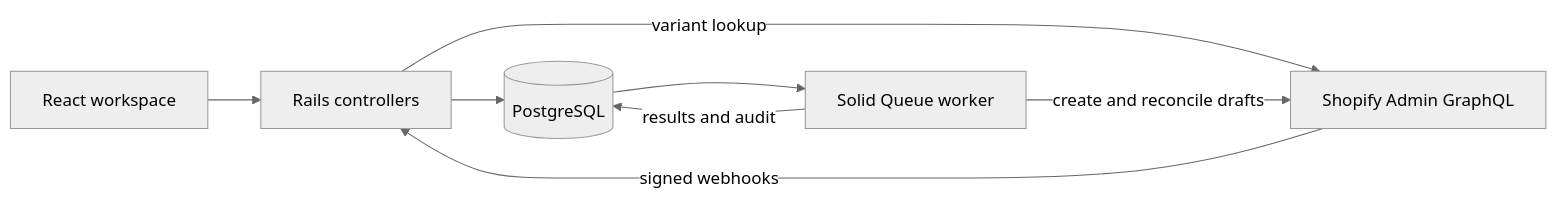
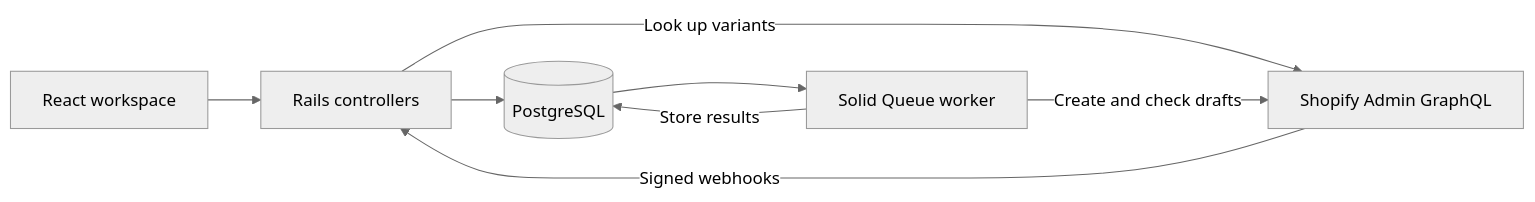
Before and after one commit to Samecho/BatchCart: the first of 2 diagrams in README.md, drawn with Mermaid (neutral theme). The commit also changed other lines of this file and 4 other files, not shown here.

````diff
--- a/README.md
+++ b/README.md
@@ -30,10 +35,10 @@
 ```mermaid
 flowchart LR
     UI[React workspace] --> Rails[Rails controllers]
     Rails --> DB[(PostgreSQL)]
-    Rails -->|variant lookup| Shopify[Shopify Admin GraphQL]
+    Rails -->|Look up variants| Shopify[Shopify Admin GraphQL]
     DB --> Worker[Solid Queue worker]
-    Worker -->|create and reconcile drafts| Shopify
-    Worker -->|results and audit| DB
-    Shopify -->|signed webhooks| Rails
+    Worker -->|Create and check drafts| Shopify
+    Worker -->|Store results| DB
+    Shopify -->|Signed webhooks| Rails
 ```
````
